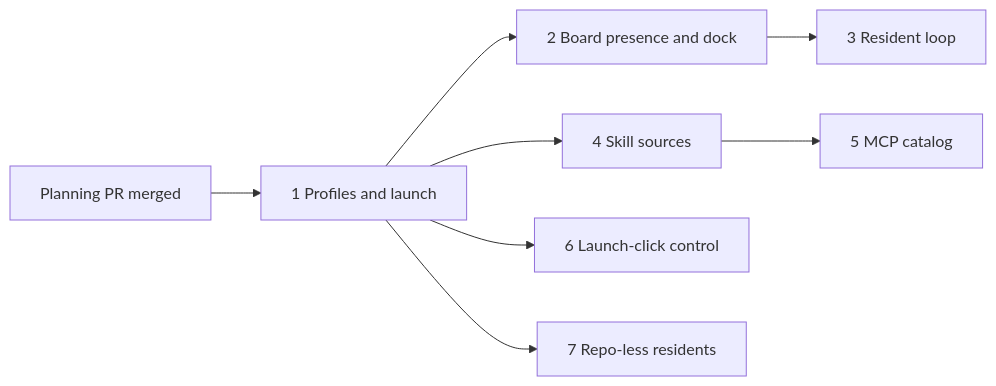
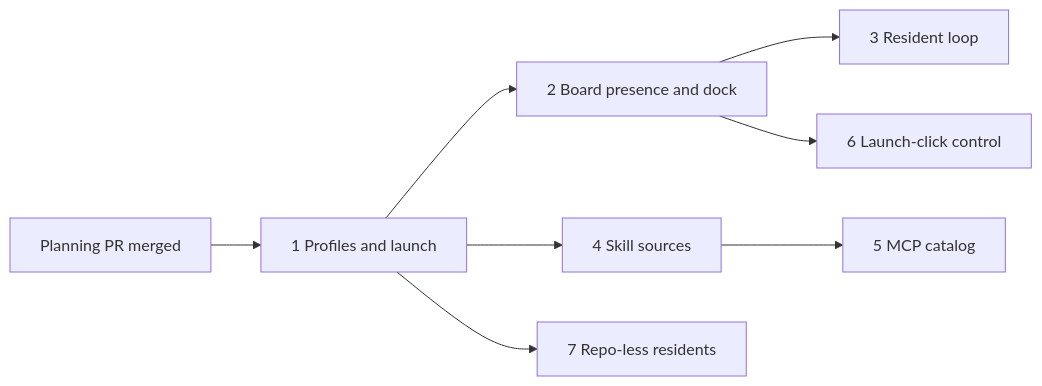
Before and after one commit to teamupstart/mission-control: the diagram in docs/plans/persistent-agent-profiles/phased-plan.md, drawn with Mermaid. The commit also changed other lines of this file and 7 other files, not shown here.

````diff
--- a/docs/plans/persistent-agent-profiles/phased-plan.md
+++ b/docs/plans/persistent-agent-profiles/phased-plan.md
@@ -79,11 +85,11 @@
 ```mermaid
 %% figure: phases
 flowchart LR
   Plan[Planning PR merged] --> P1[1 Profiles and launch]
   P1 --> P2[2 Board presence and dock]
   P2 --> P3[3 Resident loop]
   P1 --> P4[4 Skill sources]
   P4 --> P5[5 MCP catalog]
-  P1 --> P6[6 Launch-click control]
+  P2 --> P6[6 Launch-click control]
   P1 --> P7[7 Repo-less residents]
 ```
````
